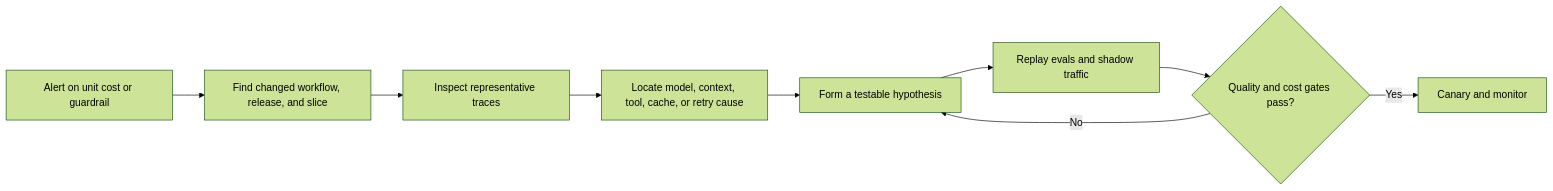
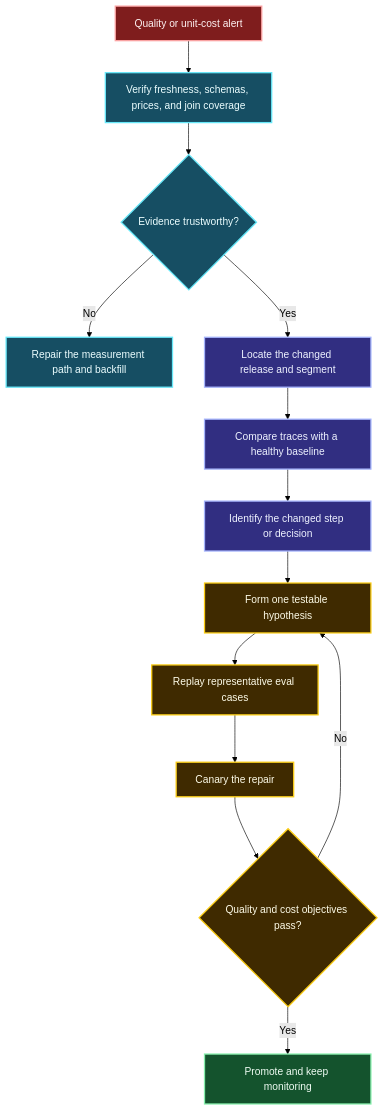
The fifth of 6 diagrams in roadmaps/mlops/modules/llmops/runtime-observability/03-quality-and-cost.md (senlinyy/dev-roadmaps), drawn with Mermaid (forest theme) before and after one commit. The commit also changed other lines of this file and 198 other files, not shown here.

````diff
--- a/roadmaps/mlops/modules/llmops/runtime-observability/03-quality-and-cost.md
+++ b/roadmaps/mlops/modules/llmops/runtime-observability/03-quality-and-cost.md
@@ -164,11 +458,24 @@
 ```mermaid
-flowchart LR
-    A["Alert on unit cost or guardrail"] --> S["Find changed workflow, release, and slice"]
-    S --> T["Inspect representative traces"]
-    T --> C["Locate model, context, tool, cache, or retry cause"]
-    C --> H["Form a testable hypothesis"]
-    H --> E["Replay evals and shadow traffic"]
-    E --> G{"Quality and cost gates pass?"}
-    G -->|No| H
-    G -->|Yes| R["Canary and monitor"]
+flowchart TD
+    A["Quality or unit-cost alert"] --> B["Verify freshness, schemas, prices, and join coverage"]
+    B --> C{"Evidence trustworthy?"}
+    C -->|No| D["Repair the measurement path and backfill"]
+    C -->|Yes| E["Locate the changed release and segment"]
+    E --> F["Compare traces with a healthy baseline"]
+    F --> G["Identify the changed step or decision"]
+    G --> H["Form one testable hypothesis"]
+    H --> I["Replay representative eval cases"]
+    I --> J["Canary the repair"]
+    J --> K{"Quality and cost objectives pass?"}
+    K -->|No| H
+    K -->|Yes| L["Promote and keep monitoring"]
+
+    classDef alert fill:#7F1D1D,stroke:#FCA5A5,color:#FEF2F2,stroke-width:2px; classDef verify fill:#164E63,stroke:#67E8F9,color:#ECFEFF,stroke-width:2px;
+    classDef inspect fill:#312E81,stroke:#A5B4FC,color:#EEF2FF,stroke-width:2px; classDef test fill:#3F2A00,stroke:#FACC15,color:#FEFCE8,stroke-width:2px;
+    classDef good fill:#14532D,stroke:#86EFAC,color:#F0FDF4,stroke-width:2px;
+    class A alert;
+    class B,C,D verify;
+    class E,F,G inspect;
+    class H,I,J,K test;
+    class L good;
 ```
````
